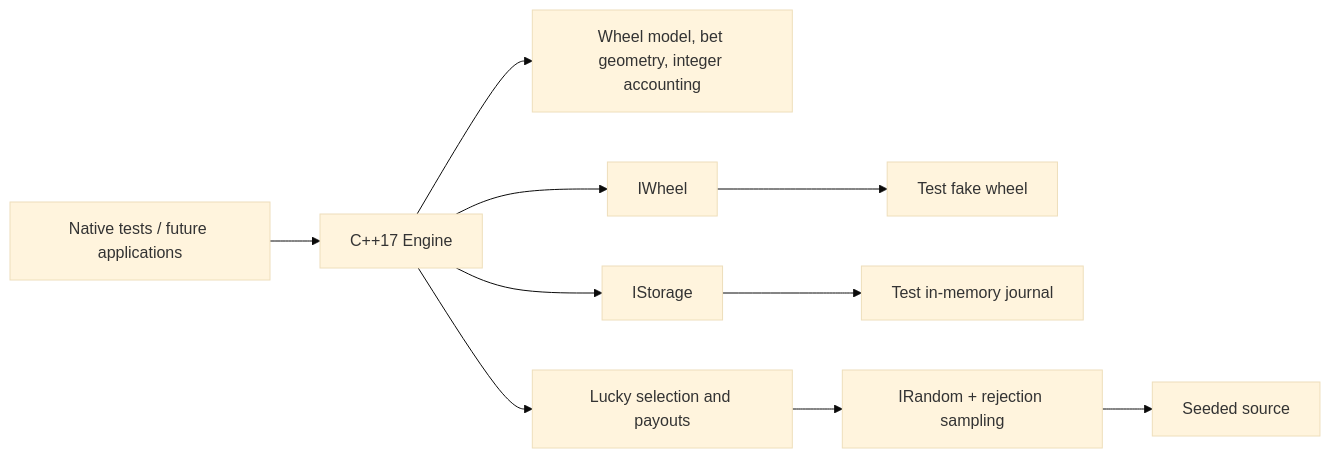
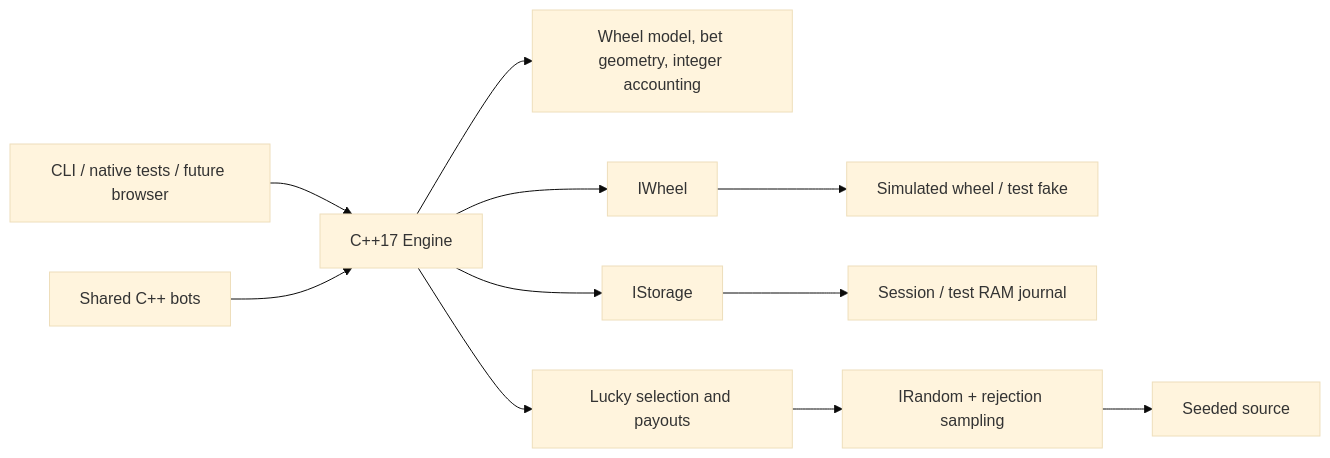
One commit to AEIOI-98/mini-etg-roulette changed the diagram in README.md. Above: the diagram before and after it, drawn with Mermaid (base theme). The commit also changed other lines of this file and 6 other files, not shown here.

````diff
--- a/README.md
+++ b/README.md
@@ -98,12 +128,13 @@
 ```mermaid
 flowchart LR
-    Caller[Native tests / future applications] --> Engine[C++17 Engine]
+    Caller[CLI / native tests / future browser] --> Engine[C++17 Engine]
+    Bots[Shared C++ bots] --> Engine
     Engine --> Rules[Wheel model, bet geometry, integer accounting]
     Engine --> Lucky[Lucky selection and payouts]
     Engine --> Wheel[IWheel]
     Engine --> Storage[IStorage]
-    Wheel --> Fake[Test fake wheel]
-    Storage --> Memory[Test in-memory journal]
+    Wheel --> Fake[Simulated wheel / test fake]
+    Storage --> Memory[Session / test RAM journal]
     Lucky --> RNG[IRandom + rejection sampling]
     RNG --> TestRNG[Seeded source]
 ```
````
